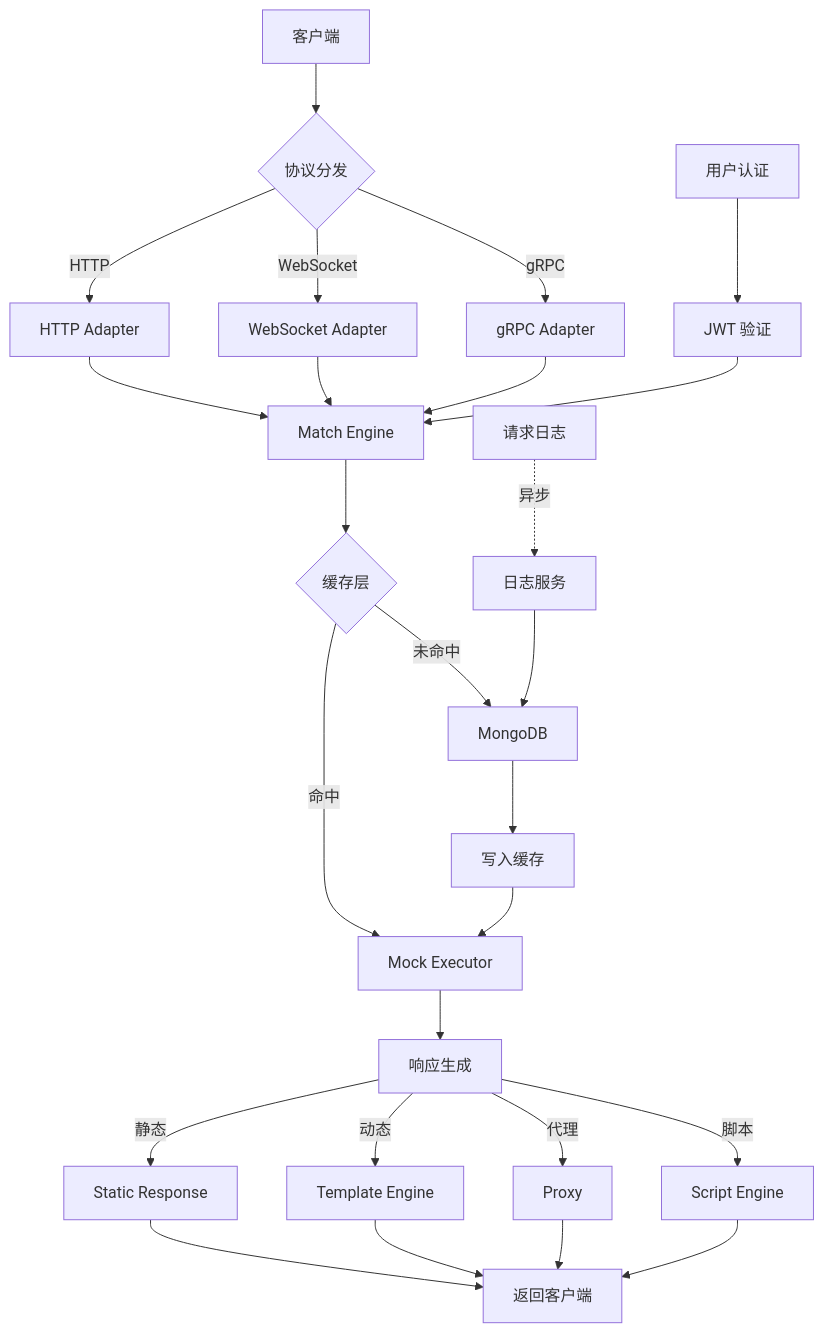
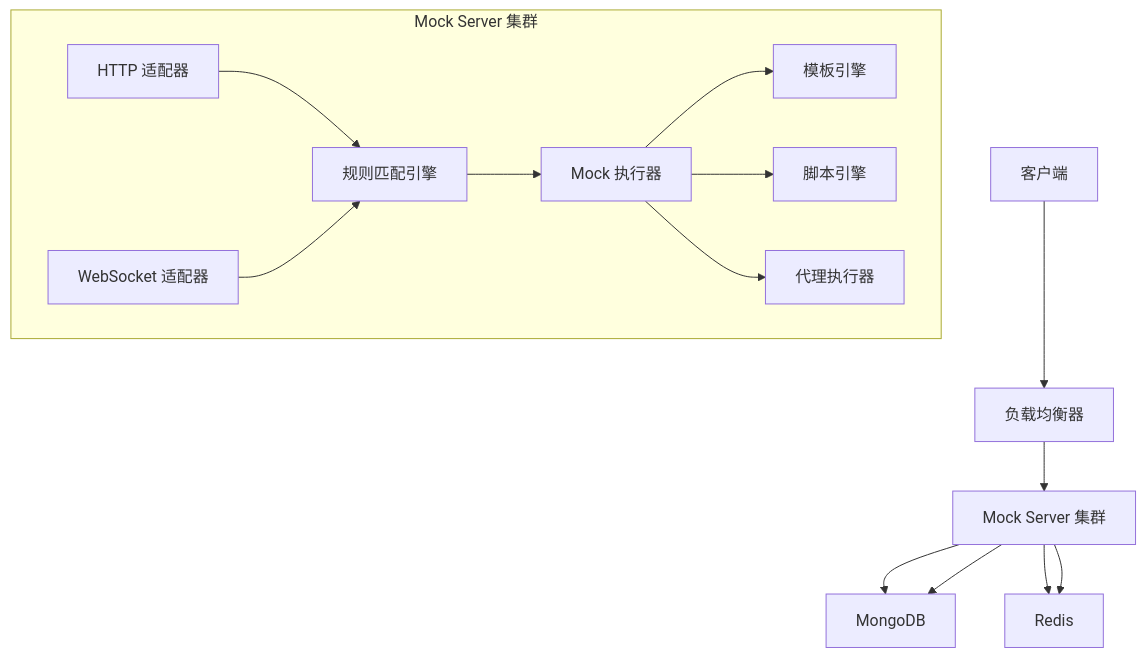
The second of 2 diagrams in .qoder/quests/feature-planning-and-expansion.md (hrygo/gomockserver), drawn with Mermaid before and after one commit. The commit also changed other lines of this file and 16 other files, not shown here.

````diff
--- a/.qoder/quests/feature-planning-and-expansion.md
+++ b/.qoder/quests/feature-planning-and-expansion.md
@@ -1111,34 +685,27 @@
 ```mermaid
-graph TD
-    A[客户端] --> B{协议分发}
-    B -->|HTTP| C[HTTP Adapter]
-    B -->|WebSocket| D[WebSocket Adapter]
-    B -->|gRPC| E[gRPC Adapter]
+graph TB
+    A[客户端] --> B[负载均衡器]
+    B --> C[Mock Server 集群]
+    C --> D[MongoDB]
+    C --> E[Redis]
     
-    C --> F[Match Engine]
-    D --> F
-    E --> F
+    subgraph Mock Server 集群
+        F[HTTP 适配器]
+        G[WebSocket 适配器]
+        H[规则匹配引擎]
+        I[Mock 执行器]
+        J[模板引擎]
+        K[脚本引擎]
+        L[代理执行器]
+    end
     
-    F --> G{缓存层}
-    G -->|命中| H[Mock Executor]
-    G -->|未命中| I[MongoDB]
-    I --> J[写入缓存]
-    J --> H
+    F --> H
+    G --> H
+    H --> I
+    I --> J
+    I --> K
+    I --> L
     
-    H --> K[响应生成]
-    K -->|静态| L[Static Response]
-    K -->|动态| M[Template Engine]
-    K -->|代理| N[Proxy]
-    K -->|脚本| O[Script Engine]
-    
-    L --> P[返回客户端]
-    M --> P
-    N --> P
-    O --> P
-    
-    Q[请求日志] -.异步.-> R[日志服务]
-    R --> I
-    
-    S[用户认证] --> T[JWT 验证]
-    T --> F
+    C --> D
+    C --> E
 ```
````
